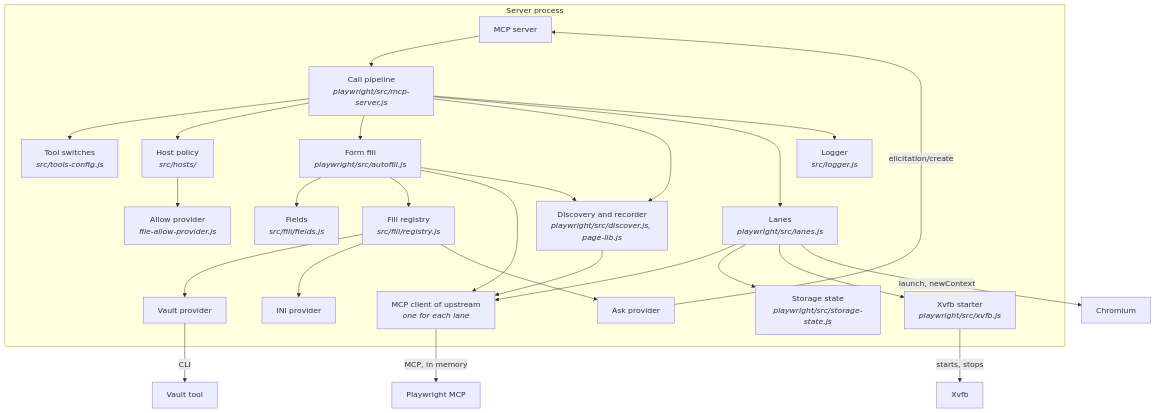
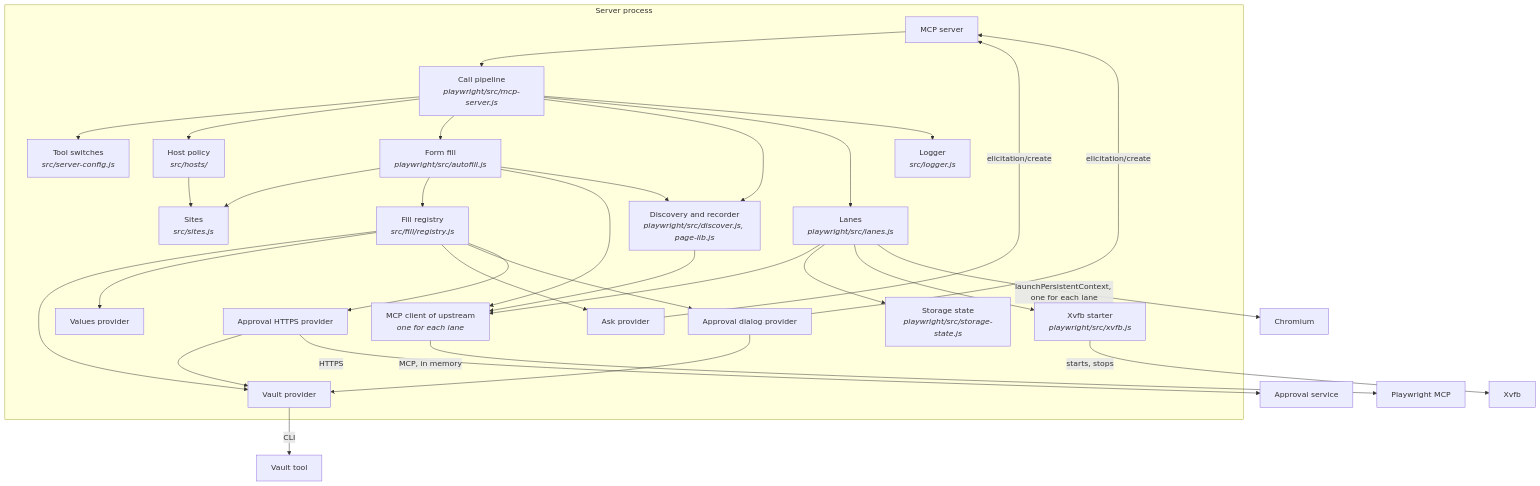
The third of 9 diagrams in tools/browser-automation-x-mcp/sdd/DESIGN.md (npstash/shared), drawn with Mermaid before and after one commit. The commit also changed other lines of this file and 51 other files, not shown here.

Commit message:
browser-automation-x-mcp: JSON configs, provider kinds with value matching, discovery into sites.json, approval providers

````diff
--- a/tools/browser-automation-x-mcp/sdd/DESIGN.md
+++ b/tools/browser-automation-x-mcp/sdd/DESIGN.md
@@ -106,29 +113,35 @@
 ```mermaid
 flowchart TD
     subgraph F[Server process]
         SV[MCP server] --> P[Call pipeline<br/><i>playwright/src/mcp-server.js</i>]
-        P --> T[Tool switches<br/><i>src/tools-config.js</i>]
+        P --> T[Tool switches<br/><i>src/server-config.js</i>]
         P --> H[Host policy<br/><i>src/hosts/</i>]
         P --> AF[Form fill<br/><i>playwright/src/autofill.js</i>]
-        AF --> FC[Fields<br/><i>src/fill/fields.js</i>]
+        AF --> FC[Sites<br/><i>src/sites.js</i>]
         AF --> R[Fill registry<br/><i>src/fill/registry.js</i>]
         AF --> CL
         P --> DS[Discovery and recorder<br/><i>playwright/src/discover.js, page-lib.js</i>]
         AF --> DS
         DS --> CL
         R --> PV[Vault provider]
-        R --> PI[INI provider]
+        R --> PI[Values provider]
         R --> PA[Ask provider]
-        H --> AP[Allow provider<br/><i>file-allow-provider.js</i>]
+        R --> PD[Approval dialog provider]
+        R --> PH[Approval HTTPS provider]
+        PD --> PV
+        PH --> PV
+        H --> FC
         P --> LN[Lanes<br/><i>playwright/src/lanes.js</i>]
         LN --> CL[MCP client of upstream<br/><i>one for each lane</i>]
         LN --> SS[Storage state<br/><i>playwright/src/storage-state.js</i>]
         P --> LG[Logger<br/><i>src/logger.js</i>]
         LN --> XV[Xvfb starter<br/><i>playwright/src/xvfb.js</i>]
     end
     XV -->|starts, stops| X[Xvfb]
     CL -->|MCP, in memory| M[Playwright MCP]
-    LN -->|launch, newContext| B[Chromium]
+    LN -->|launchPersistentContext, one for each lane| B[Chromium]
     PA -->|elicitation/create| SV
+    PD -->|elicitation/create| SV
     PV -->|CLI| V[Vault tool]
+    PH -->|HTTPS| AS[Approval service]
 ```
````
